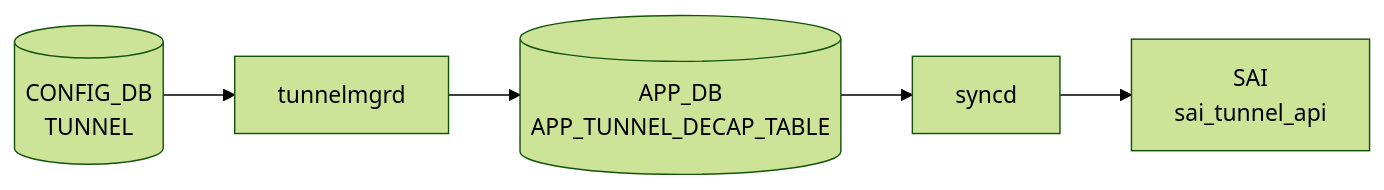
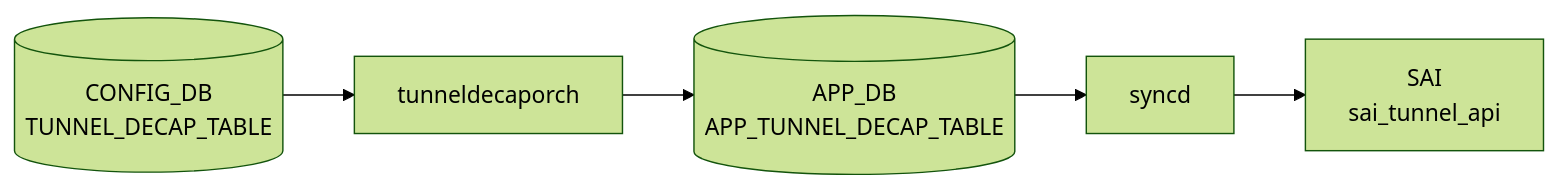
Before and after one commit to aoki-taquan/sonic-unofficial-docs: the diagram in docs/reference/config-db/tunnel-decap-table.md, drawn with Mermaid (forest theme). The commit also changed 16 other files, not shown here.

First line of the commit message:
chore(cdb-mermaid): add fallback dict for 27 unmapped tables → 121/121

````diff
--- a/docs/reference/config-db/tunnel-decap-table.md
+++ b/docs/reference/config-db/tunnel-decap-table.md
@@ -36,12 +36,12 @@
 ```mermaid
 flowchart LR
-  CDB[("CONFIG_DB<br/>TUNNEL")]
-  DM["tunnelmgrd"]
+  CDB[("CONFIG_DB<br/>TUNNEL_DECAP_TABLE")]
+  DM["tunneldecaporch"]
   CDB --> DM
   APPDB[("APP_DB<br/>APP_TUNNEL_DECAP_TABLE")]
   DM --> APPDB
   SYNCD["syncd"]
   APPDB --> SYNCD
   SAI["SAI<br/>sai_tunnel_api"]
   SYNCD --> SAI
 ```
````
